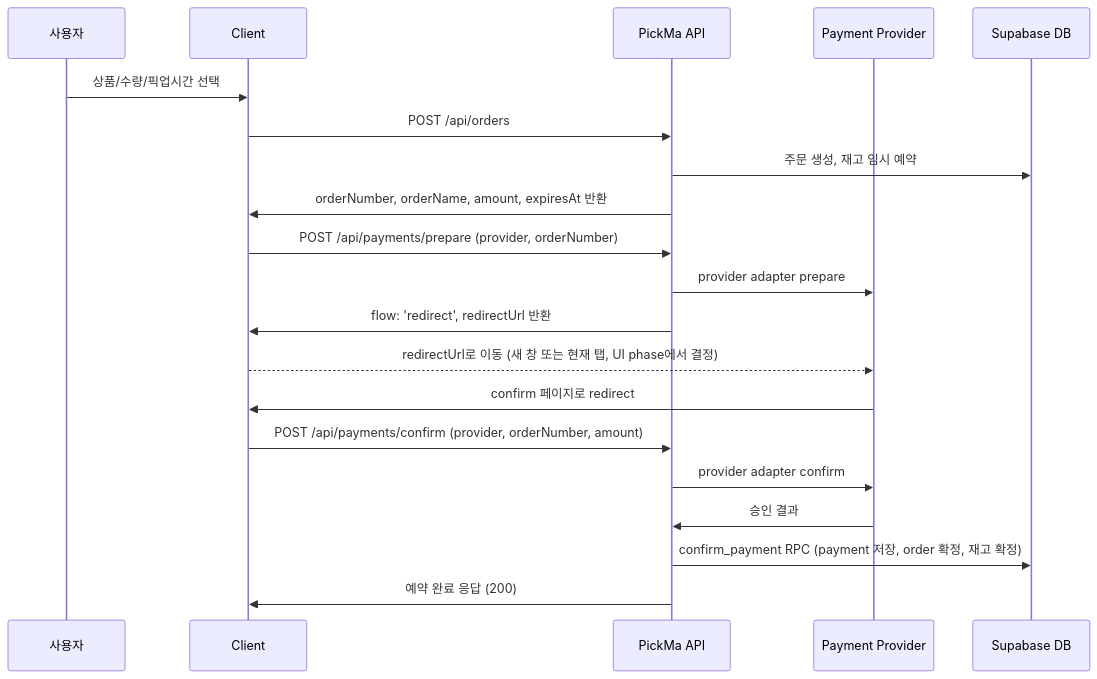
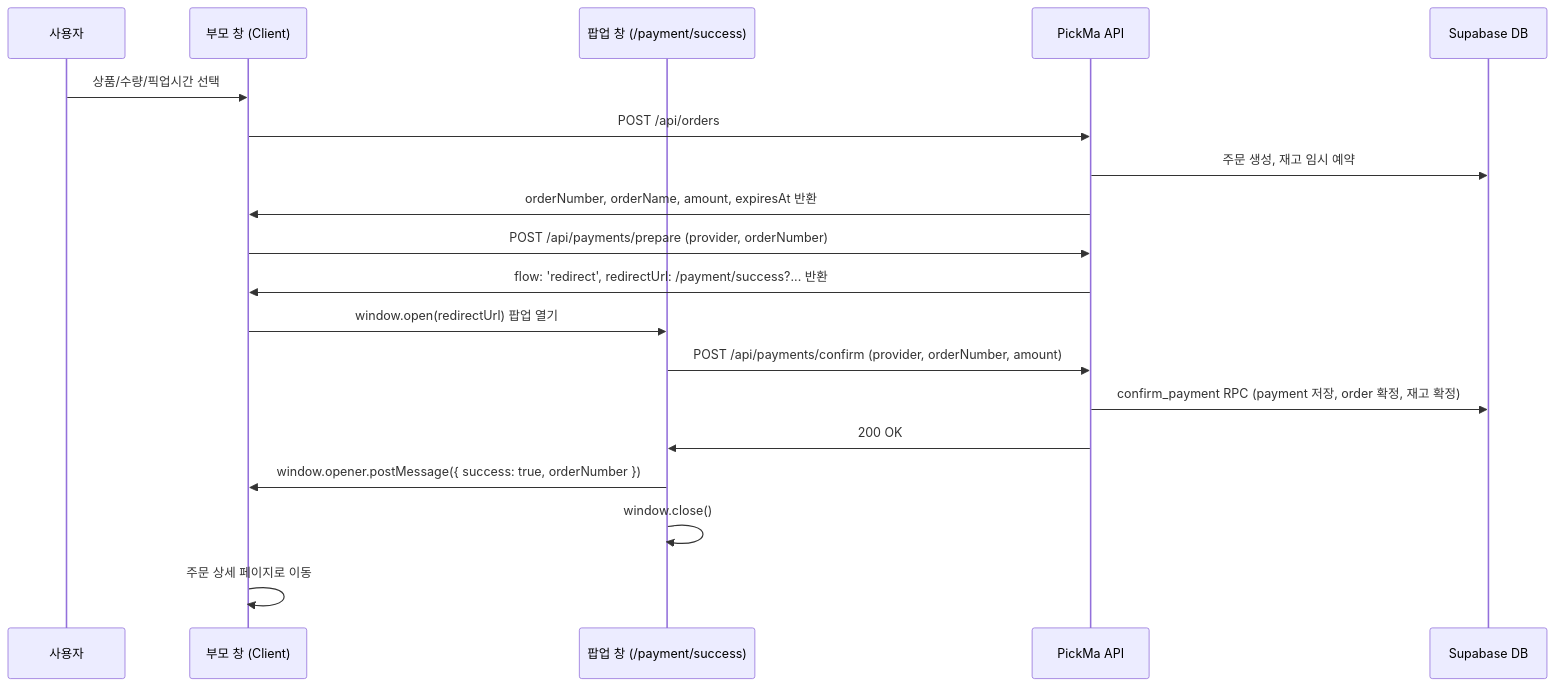
One commit to pickma-fe/pickma changed the diagram in docs/system_architecture.md. Above: the diagram before and after it, drawn with Mermaid. The commit also changed other lines of this file and 1 other file, not shown here.

Commit message:
docs: 결제 팝업 흐름 및 mock checkout 제거 반영

````diff
--- a/docs/system_architecture.md
+++ b/docs/system_architecture.md
@@ -246,23 +246,22 @@
 ```mermaid
 sequenceDiagram
     participant U as 사용자
-    participant C as Client
+    participant C as 부모 창 (Client)
+    participant W as 팝업 창 (/payment/success)
     participant A as PickMa API
-    participant P as Payment Provider
     participant D as Supabase DB
 
     U->>C: 상품/수량/픽업시간 선택
     C->>A: POST /api/orders
     A->>D: 주문 생성, 재고 임시 예약
     A->>C: orderNumber, orderName, amount, expiresAt 반환
     C->>A: POST /api/payments/prepare (provider, orderNumber)
-    A->>P: provider adapter prepare
-    A->>C: flow: 'redirect', redirectUrl 반환
-    C-->>P: redirectUrl로 이동 (새 창 또는 현재 탭, UI phase에서 결정)
-    P->>C: confirm 페이지로 redirect
-    C->>A: POST /api/payments/confirm (provider, orderNumber, amount)
-    A->>P: provider adapter confirm
-    P->>A: 승인 결과
+    A->>C: flow: 'redirect', redirectUrl: /payment/success?... 반환
+    C->>W: window.open(redirectUrl) 팝업 열기
+    W->>A: POST /api/payments/confirm (provider, orderNumber, amount)
     A->>D: confirm_payment RPC (payment 저장, order 확정, 재고 확정)
-    A->>C: 예약 완료 응답 (200)
+    A->>W: 200 OK
+    W->>C: window.opener.postMessage({ success: true, orderNumber })
+    W->>W: window.close()
+    C->>C: 주문 상세 페이지로 이동
 ```
````
